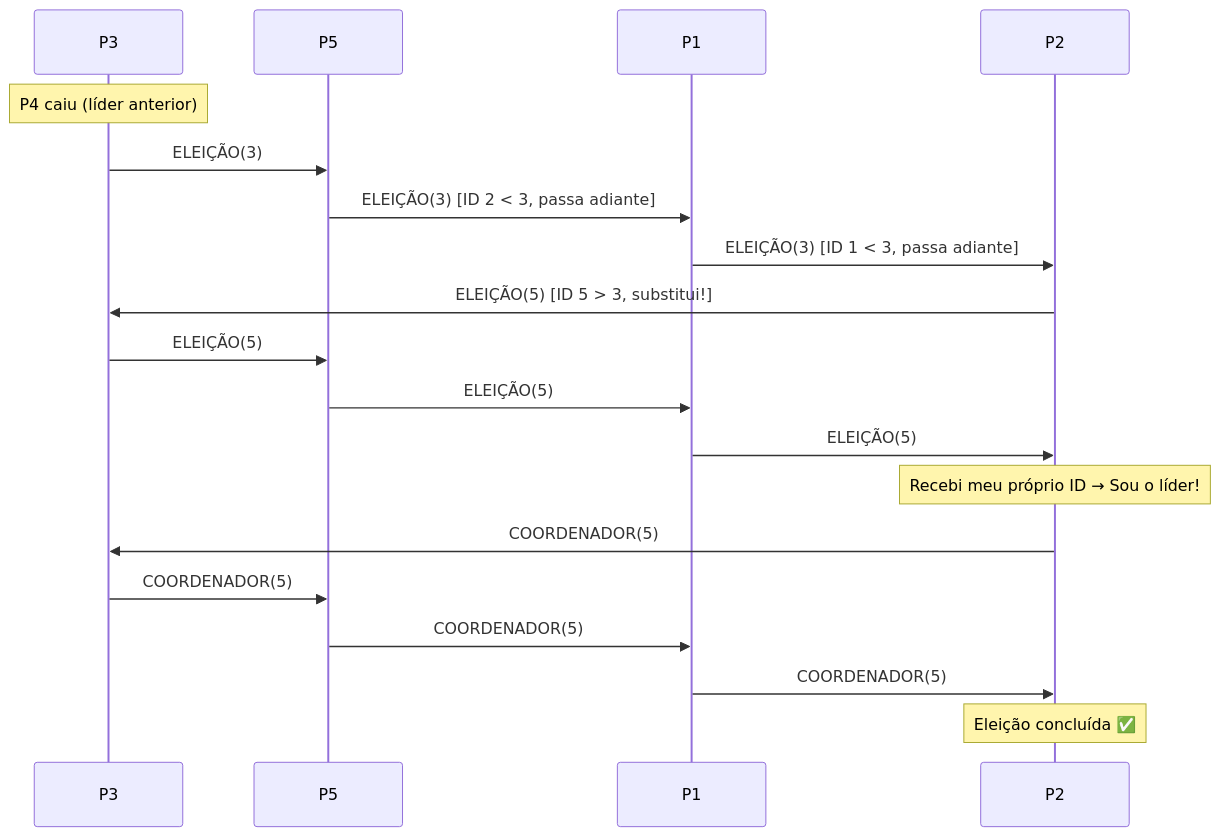
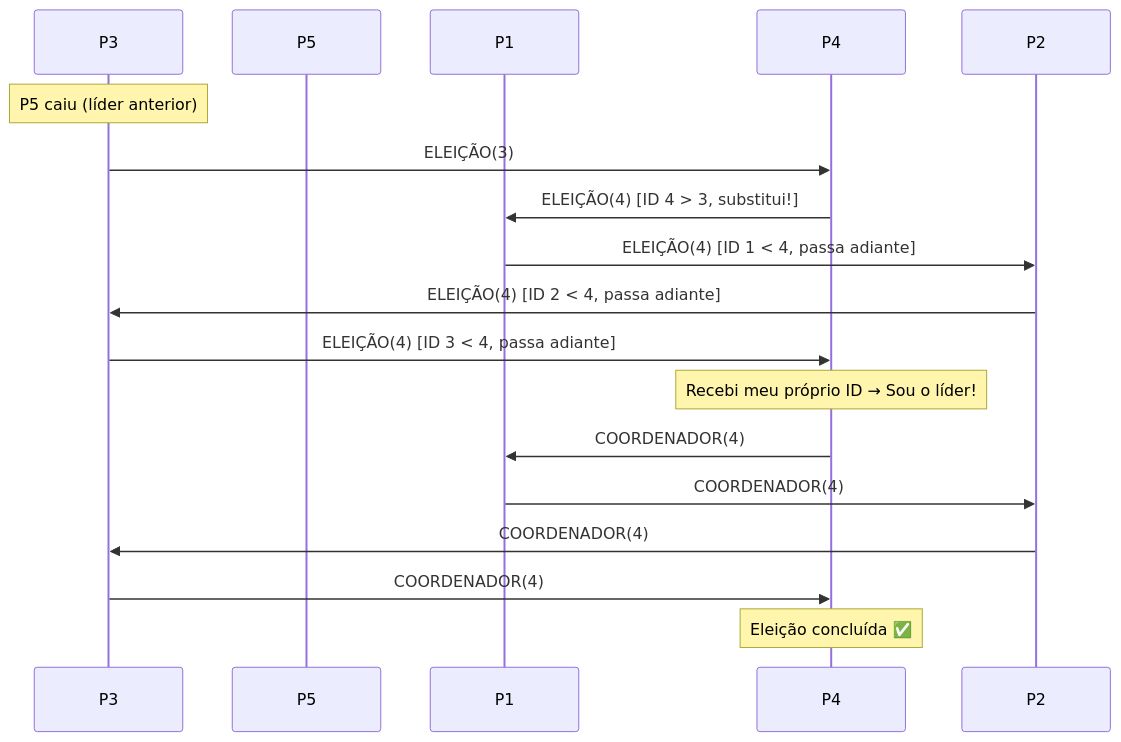
One commit to carol-lanzu/Algoritmo_eleicao_anel changed the second of 2 diagrams in artifacts/plano_acao_anel.md. Above: the diagram before and after it, drawn with Mermaid. The commit also changed other lines of this file, not shown here.

````diff
--- a/artifacts/plano_acao_anel.md
+++ b/artifacts/plano_acao_anel.md
@@ -208,22 +207,20 @@
 ```mermaid
 sequenceDiagram
     participant P3
     participant P5
     participant P1
-    participant P2
+    participant P4
 
-    Note over P3: P4 caiu (líder anterior)
-    P3->>P5: ELEIÇÃO(3)
-    P5->>P1: ELEIÇÃO(3)  [ID 2 < 3, passa adiante]
-    P1->>P2: ELEIÇÃO(3)  [ID 1 < 3, passa adiante]
-    P2->>P3: ELEIÇÃO(5)  [ID 5 > 3, substitui!]
-    P3->>P5: ELEIÇÃO(5)
-    P5->>P1: ELEIÇÃO(5)
-    P1->>P2: ELEIÇÃO(5)
-    Note over P2: Recebi meu próprio ID → Sou o líder!
-    P2->>P3: COORDENADOR(5)
-    P3->>P5: COORDENADOR(5)
-    P5->>P1: COORDENADOR(5)
-    P1->>P2: COORDENADOR(5)
-    Note over P2: Eleição concluída ✅
+    Note over P3: P5 caiu (líder anterior)
+    P3->>P4: ELEIÇÃO(3)
+    P4->>P1: ELEIÇÃO(4)  [ID 4 > 3, substitui!]
+    P1->>P2: ELEIÇÃO(4)  [ID 1 < 4, passa adiante]
+    P2->>P3: ELEIÇÃO(4)  [ID 2 < 4, passa adiante]
+    P3->>P4: ELEIÇÃO(4)  [ID 3 < 4, passa adiante]
+    Note over P4: Recebi meu próprio ID → Sou o líder!
+    P4->>P1: COORDENADOR(4)
+    P1->>P2: COORDENADOR(4)
+    P2->>P3: COORDENADOR(4)
+    P3->>P4: COORDENADOR(4)
+    Note over P4: Eleição concluída ✅
 ```
````
